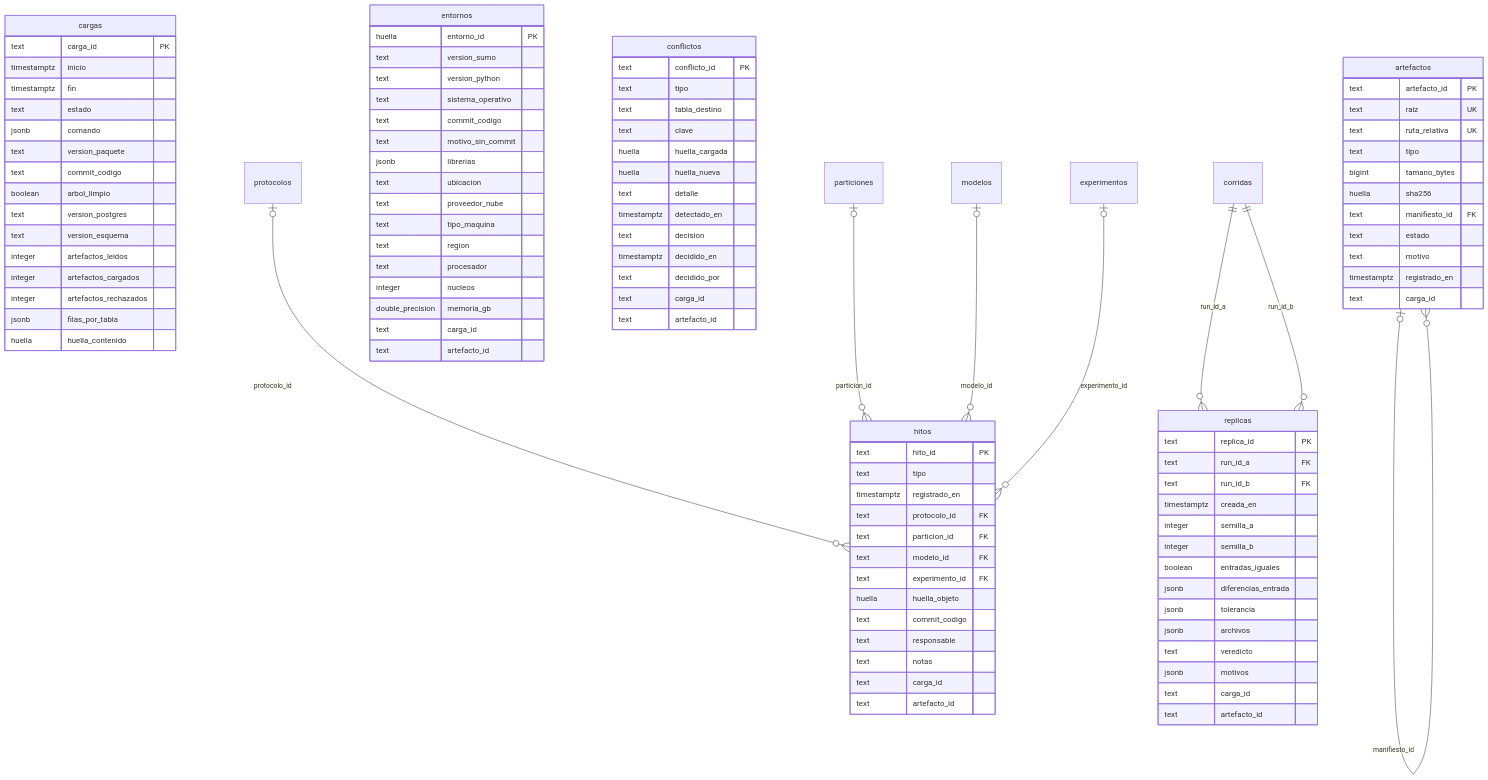
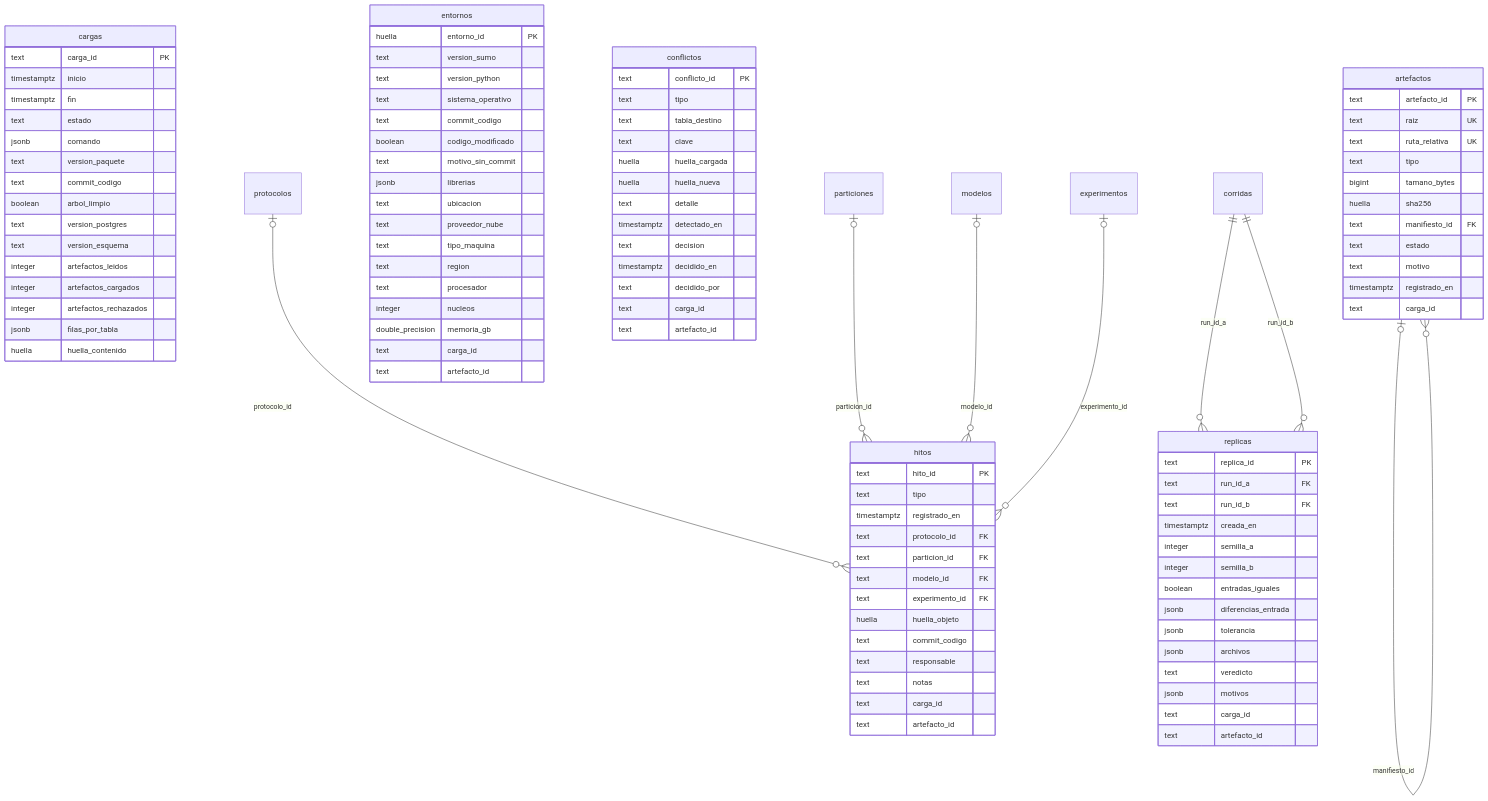
The second of 7 diagrams in docs/bd/diccionario.md (traffic-signal-timing-optimizer/estimador-tiempos-semaforicos), drawn with Mermaid before and after one commit. The commit also changed other lines of this file and 19 other files, not shown here.

```diff
--- a/docs/bd/diccionario.md
+++ b/docs/bd/diccionario.md
@@ -464,6 +464,7 @@
     text version_python
     text sistema_operativo
     text commit_codigo
+    boolean codigo_modificado
     text motivo_sin_commit
     jsonb librerias
     text ubicacion
```
